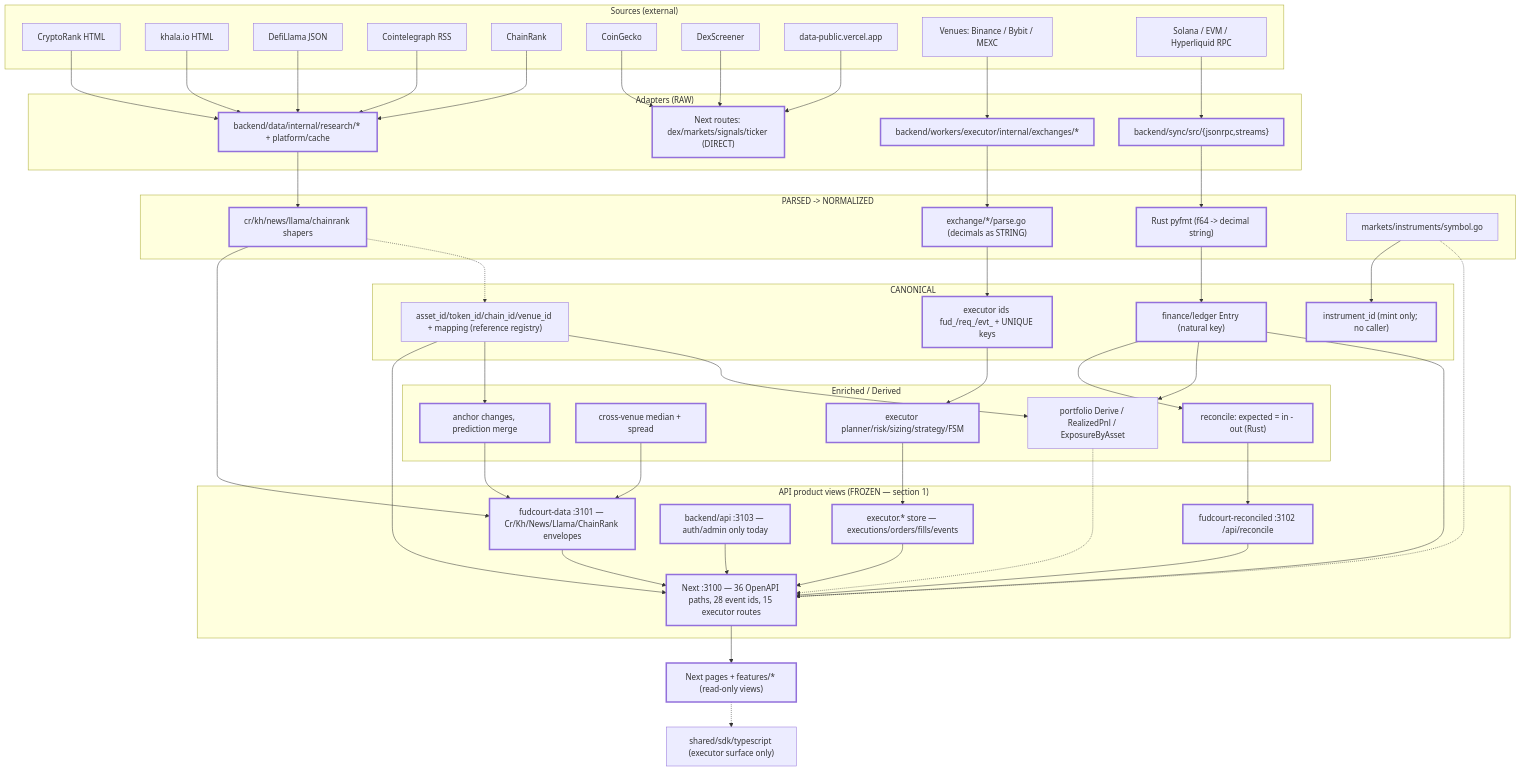
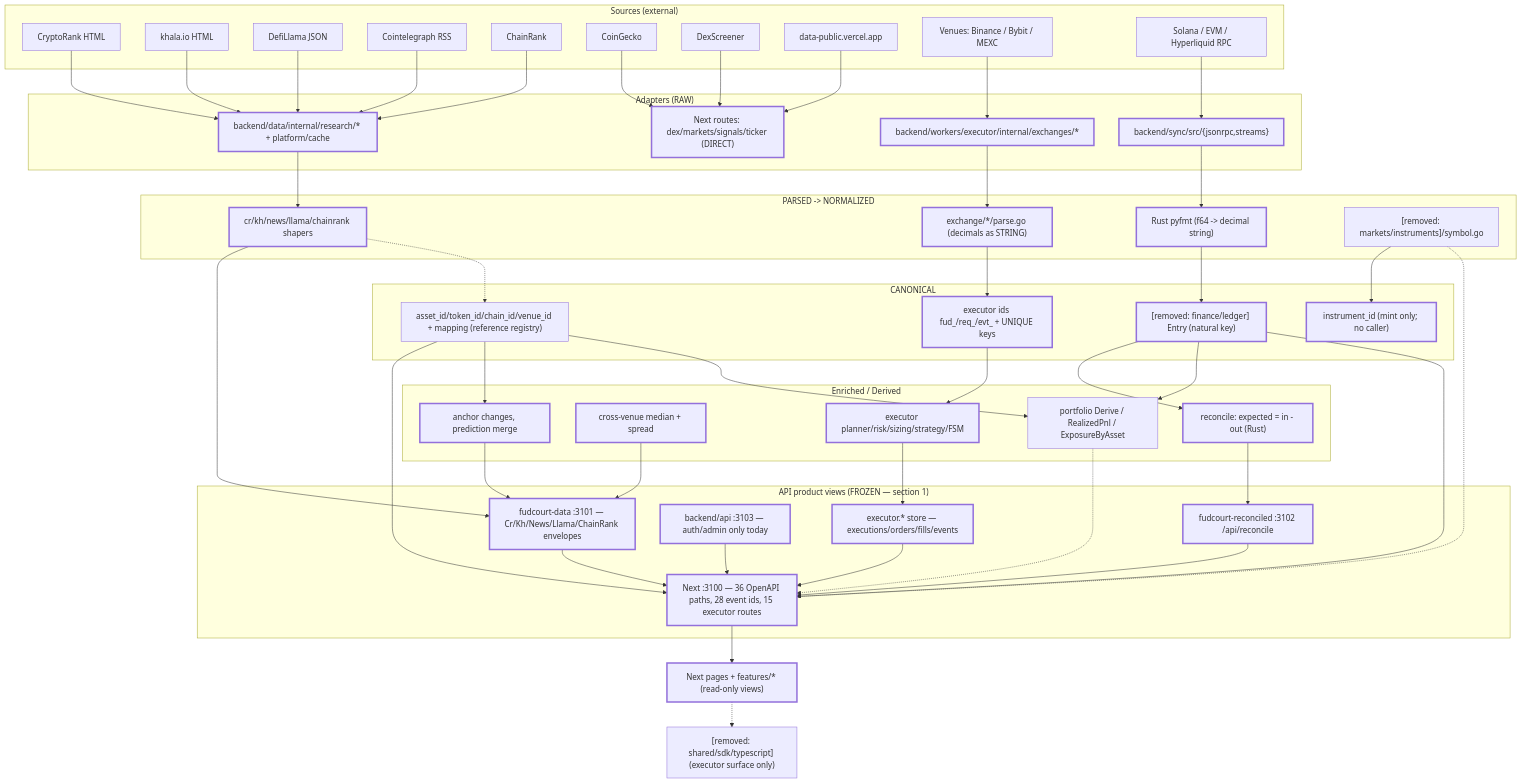
The diagram in docs/architecture/canonical-placement.md (anvxxr-arch/fudcourt), drawn with Mermaid before and after one commit. The commit also changed other lines of this file and 126 other files, not shown here.

````diff
--- a/docs/architecture/canonical-placement.md
+++ b/docs/architecture/canonical-placement.md
@@ -224,60 +224,60 @@
 ```mermaid
 flowchart TD
   subgraph S["Sources (external)"]
     CR[CryptoRank HTML]; KH[khala.io HTML]; LL[DefiLlama JSON]; NW[Cointelegraph RSS]; CHR[ChainRank]
     CG[CoinGecko]; DXS[DexScreener]; SIG[data-public.vercel.app]
     VEN["Venues: Binance / Bybit / MEXC"]; CHN["Solana / EVM / Hyperliquid RPC"]
   end
   subgraph A["Adapters (RAW)"]
     ADC1["backend/data/internal/research/* + platform/cache"]
     ADC2["Next routes: dex/markets/signals/ticker (DIRECT)"]
     ADC3["backend/workers/executor/internal/exchanges/*"]
     ADC4["backend/sync/src/{jsonrpc,streams}"]
   end
   subgraph N["PARSED -> NORMALIZED"]
     N1["cr/kh/news/llama/chainrank shapers"]
     N2["exchange/*/parse.go (decimals as STRING)"]
     N3["Rust pyfmt (f64 -> decimal string)"]
-    N4["markets/instruments/symbol.go"]
+    N4["[removed: markets/instruments]/symbol.go"]
   end
   subgraph C["CANONICAL"]
     C1["asset_id/token_id/chain_id/venue_id + mapping (reference registry)"]
     C2["instrument_id (mint only; no caller)"]
     C3["executor ids fud_/req_/evt_ + UNIQUE keys"]
-    C4["finance/ledger Entry (natural key)"]
+    C4["[removed: finance/ledger] Entry (natural key)"]
   end
   subgraph E["Enriched / Derived"]
     E1["anchor changes, prediction merge"]
     E2["cross-venue median + spread"]
     E3["reconcile: expected = in - out (Rust)"]
     E4["portfolio Derive / RealizedPnl / ExposureByAsset"]
     E5["executor planner/risk/sizing/strategy/FSM"]
   end
   subgraph P["API product views (FROZEN — section 1)"]
     P1["fudcourt-data :3101 — Cr/Kh/News/Llama/ChainRank envelopes"]
     P2["fudcourt-reconciled :3102 /api/reconcile"]
     P3["backend/api :3103 — auth/admin only today"]
     P4["Next :3100 — 36 OpenAPI paths, 28 event ids, 15 executor routes"]
     P5["executor.* store — executions/orders/fills/events"]
   end
   F1["Next pages + features/* (read-only views)"]
-  F2["shared/sdk/typescript (executor surface only)"]
+  F2["[removed: shared/sdk/typescript] (executor surface only)"]
 
   CR --> ADC1; KH --> ADC1; LL --> ADC1; NW --> ADC1; CHR --> ADC1
   CG --> ADC2; DXS --> ADC2; SIG --> ADC2
   VEN --> ADC3; CHN --> ADC4
   ADC1 --> N1; ADC3 --> N2; ADC4 --> N3
   N4 --> C2
   N1 --> P1; N2 --> C3; N3 --> C4
   C3 --> E5; C4 --> E3; C4 --> E4
   E1 --> P1; E2 --> P1; E3 --> P2; E5 --> P5
   C1 --> P4; C4 --> P4; P1 --> P4; P2 --> P4; P5 --> P4; P3 --> P4
   C1 --> E1; C1 --> E4
   N1 -.-> C1
   N4 -.-> P4
   E4 -.-> P4
   P4 --> F1
   F1 -.-> F2
   classDef served stroke-width:3px
   class ADC1,ADC2,ADC3,ADC4,N1,N2,N3,C2,C3,C4,E1,E2,E3,E5,P1,P2,P3,P4,P5,F1 served
 ```
````
